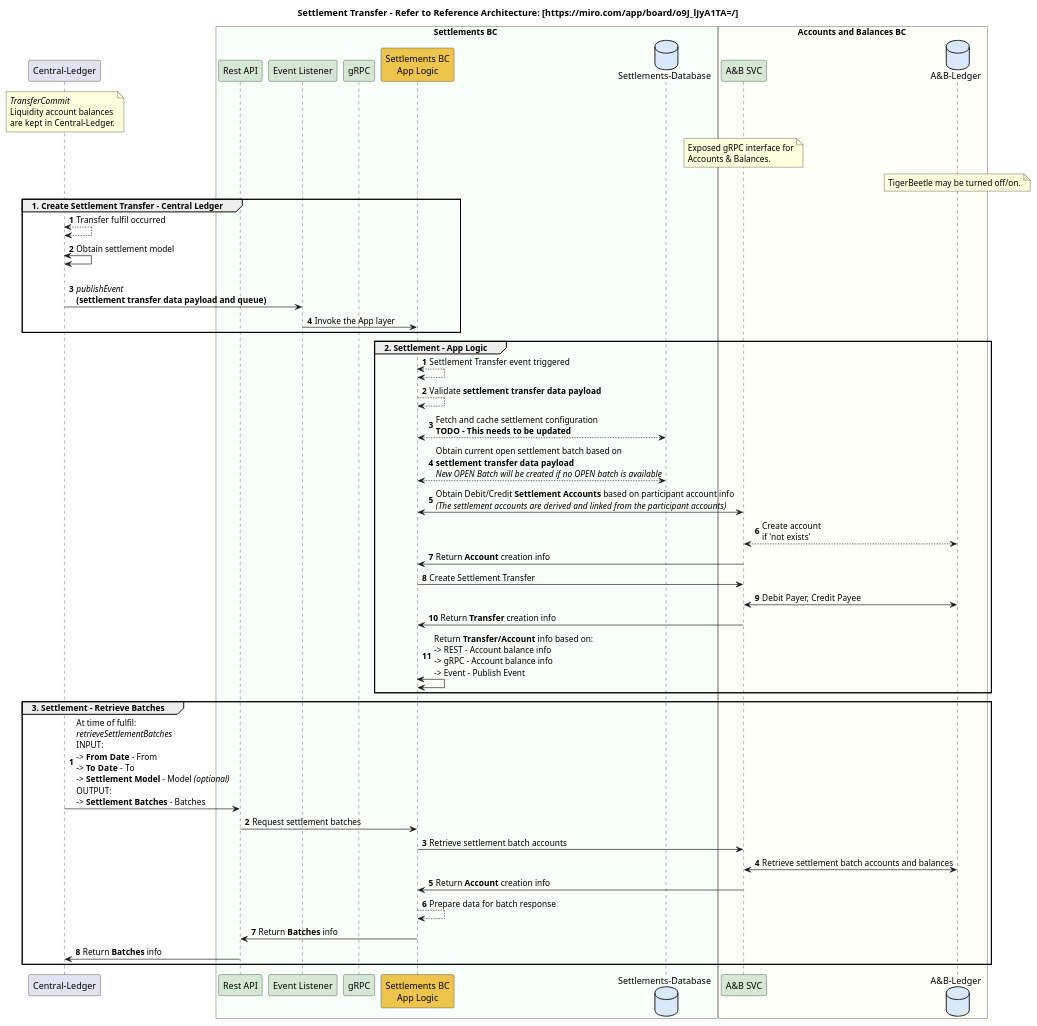
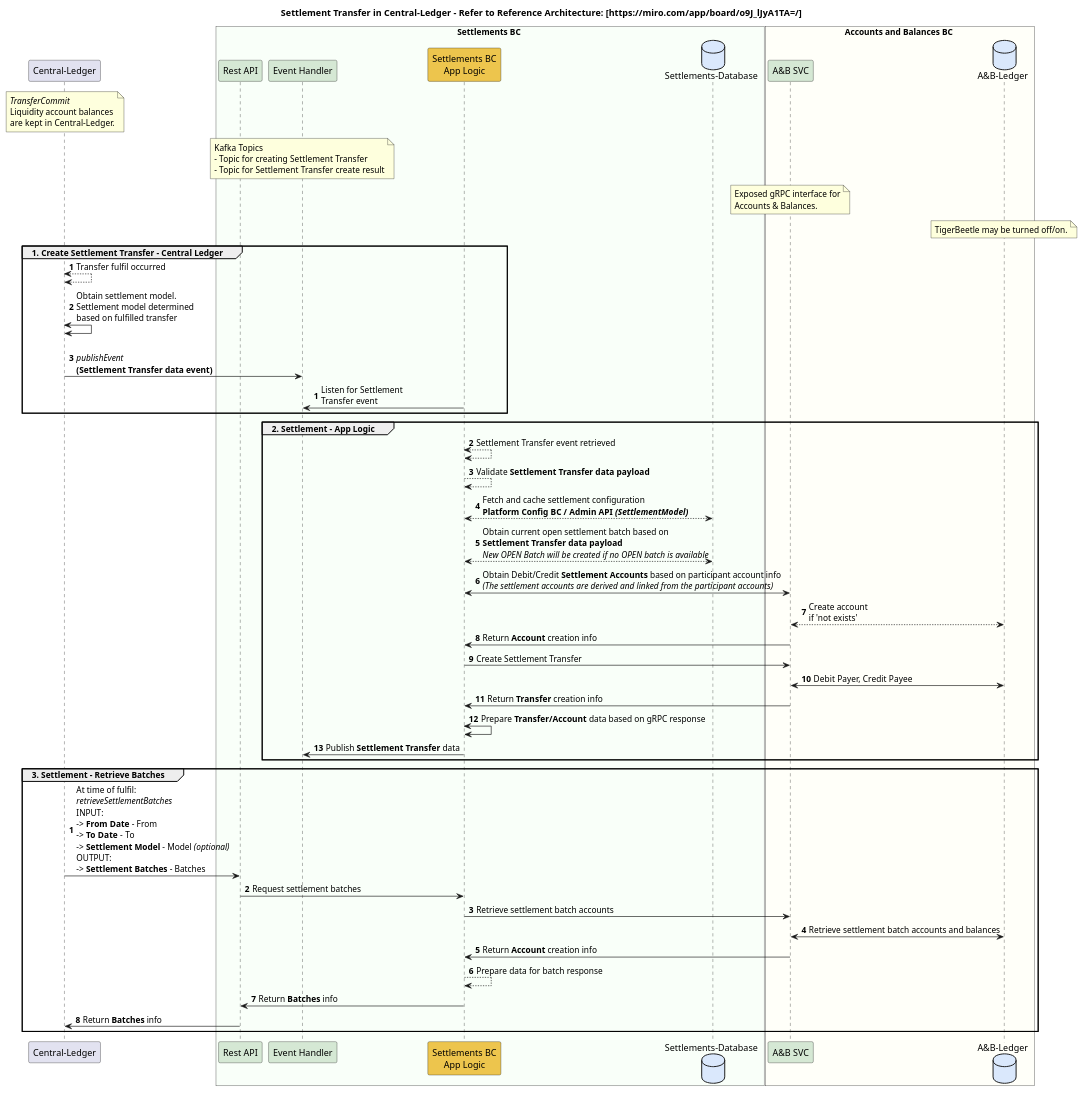
The diagram in docs/flows/01-settlement-transfer-cl.puml (mojaloop/settlements-bc), drawn with PlantUML before and after one commit. The commit also changed 8 other files, not shown here.

Commit message:
Updated flow documenetation.

```diff
--- a/docs/flows/01-settlement-transfer-cl.puml
+++ b/docs/flows/01-settlement-transfer-cl.puml
@@ -1,69 +1,74 @@
 @startuml
 
-title Settlement Transfer - Refer to Reference Architecture: [https://miro.com/app/board/o9J_lJyA1TA=/]
+title Settlement Transfer in Central-Ledger - Refer to Reference Architecture: [https://miro.com/app/board/o9J_lJyA1TA=/]
 
 participant "Central-Ledger" as ext_cl
 note over ext_cl
     //TransferCommit//
     Liquidity account balances
     are kept in Central-Ledger.
 end note
 
 box Settlements BC #F9FFF9
-	participant "Rest API" as sbc_rest #D5E8D4
-	participant "Event Listener" as sbc_event #D5E8D4
-	participant "gRPC" as sbc_grpc #D5E8D4
-	participant "Settlements BC\nApp Logic" as sbc_app_logic #EDC54D
-	database "Settlements-Database" as sbc_db #DAE8FC
+    participant "Rest API" as sbc_rest #D5E8D4
+    participant "Event Handler" as sbc_event #D5E8D4
+    note over sbc_event
+        Kafka Topics
+        - Topic for creating Settlement Transfer
+        - Topic for Settlement Transfer create result
+    end note
+    participant "Settlements BC\nApp Logic" as sbc_app_logic #EDC54D
+    database "Settlements-Database" as sbc_db #DAE8FC
 end box
 
 box Accounts and Balances BC #FFFFF9
     participant "A&B SVC" as abbc_grpc #D5E8D4
     database "A&B-Ledger" as abbc_tigerbeetle #DAE8FC
     note over abbc_grpc
         Exposed gRPC interface for
         Accounts & Balances.
     end note
     note over abbc_tigerbeetle
         TigerBeetle may be turned off/on.
     end note
 end box
 
 group 1. Create Settlement Transfer - Central Ledger
 autonumber
     ext_cl <--> ext_cl : Transfer fulfil occurred
-    ext_cl <-> ext_cl : Obtain settlement model
-    ext_cl -> sbc_event : \n//publishEvent// \n**(settlement transfer data payload and queue)**
-    sbc_event -> sbc_app_logic : Invoke the App layer
+    ext_cl <-> ext_cl : Obtain settlement model.\nSettlement model determined \nbased on fulfilled transfer
+    ext_cl -> sbc_event : \n//publishEvent// \n**(Settlement Transfer data event)**
+autonumber
+    sbc_app_logic -> sbc_event : Listen for Settlement\nTransfer event
 end
 
 group 2. Settlement - App Logic
-autonumber
-    sbc_app_logic <--> sbc_app_logic: Settlement Transfer event triggered
-    sbc_app_logic --> sbc_app_logic : Validate **settlement transfer data payload**
-    sbc_app_logic <--> sbc_db : Fetch and cache settlement configuration\n**TODO - This needs to be updated**
-    sbc_app_logic <--> sbc_db : Obtain current open settlement batch based on \n**settlement transfer data payload**\n//New OPEN Batch will be created if no OPEN batch is available//
+    sbc_app_logic <--> sbc_app_logic: Settlement Transfer event retrieved
+    sbc_app_logic --> sbc_app_logic : Validate **Settlement Transfer data payload**
+    sbc_app_logic <--> sbc_db : Fetch and cache settlement configuration\n**Platform Config BC / Admin API //(SettlementModel)//**
+    sbc_app_logic <--> sbc_db : Obtain current open settlement batch based on \n**Settlement Transfer data payload**\n//New OPEN Batch will be created if no OPEN batch is available//
     sbc_app_logic <-> abbc_grpc : Obtain Debit/Credit **Settlement Accounts** based on participant account info\n//(The settlement accounts are derived and linked from the participant accounts)//
     abbc_grpc <--> abbc_tigerbeetle : Create account \nif 'not exists'
     abbc_grpc -> sbc_app_logic : Return **Account** creation info
     sbc_app_logic -> abbc_grpc: Create Settlement Transfer
     abbc_grpc <-> abbc_tigerbeetle: Debit Payer, Credit Payee
     abbc_grpc -> sbc_app_logic : Return **Transfer** creation info
-    sbc_app_logic <-> sbc_app_logic: Return **Transfer/Account** info based on: \n-> REST - Account balance info\n-> gRPC - Account balance info\n-> Event - Publish Event
+    sbc_app_logic <-> sbc_app_logic: Prepare **Transfer/Account** data based on gRPC response
+    sbc_app_logic -> sbc_event : Publish **Settlement Transfer** data
 end
 
 group 3. Settlement - Retrieve Batches
 autonumber
     ext_cl -> sbc_rest : At time of fulfil:\n//retrieveSettlementBatches// \nINPUT:\n-> **From Date** - From\n-> **To Date** - To\n-> **Settlement Model** - Model //(optional)//\nOUTPUT:\n-> **Settlement Batches** - Batches
     sbc_rest -> sbc_app_logic : Request settlement batches
     sbc_app_logic -> abbc_grpc : Retrieve settlement batch accounts
     abbc_grpc <-> abbc_tigerbeetle : Retrieve settlement batch accounts and balances
     abbc_grpc -> sbc_app_logic : Return **Account** creation info
     sbc_app_logic --> sbc_app_logic : Prepare data for batch response
     sbc_app_logic -> sbc_rest : Return **Batches** info
     sbc_rest -> ext_cl : Return **Batches** info
 autonumber
 
 end
 
 @enduml
```
